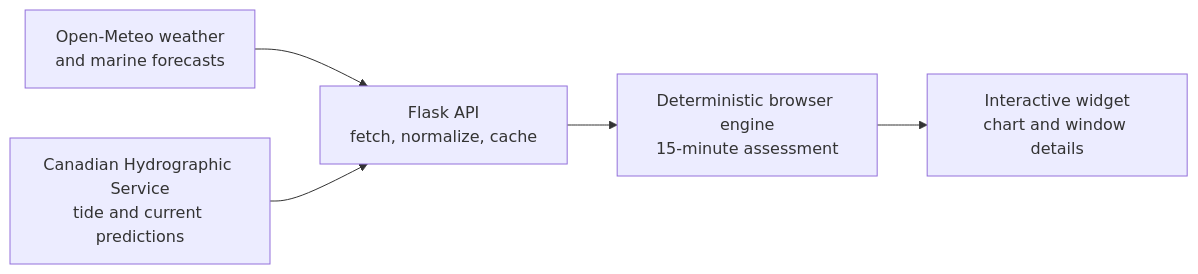
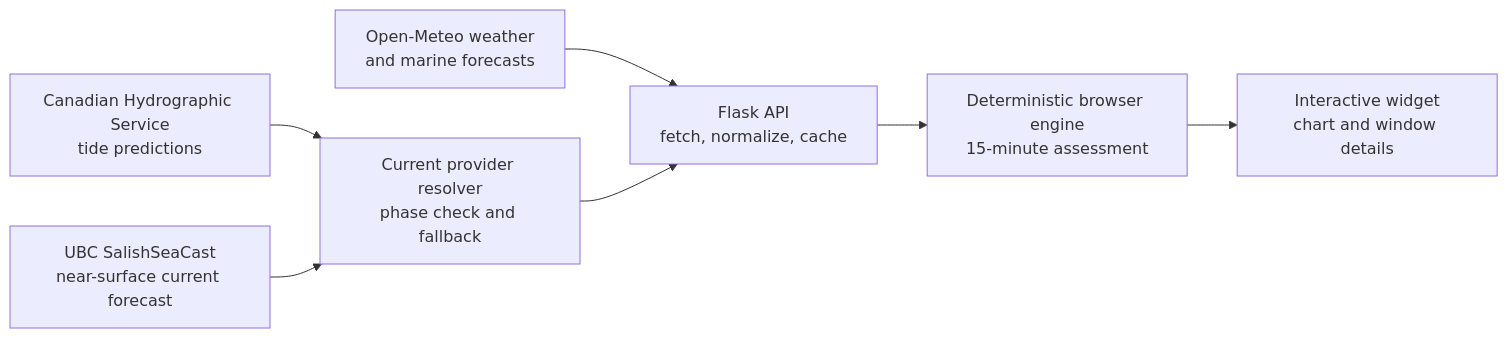
Before and after one commit to balinaanna/dive-conditions-assistant: the diagram in README.md, drawn with Mermaid. The commit also changed other lines of this file and 27 other files, not shown here.

Commit message:
Add SalishSeaCast current forecasts

````diff
--- a/README.md
+++ b/README.md
@@ -54,13 +54,17 @@
 ```mermaid
 flowchart LR
     Weather["Open-Meteo weather<br/>and marine forecasts"]
-    CHS["Canadian Hydrographic Service<br/>tide and current predictions"]
+    CHS["Canadian Hydrographic Service<br/>tide predictions"]
+    SSC["UBC SalishSeaCast<br/>near-surface current forecast"]
+    Current["Current provider resolver<br/>phase check and fallback"]
     Backend["Flask API<br/>fetch, normalize, cache"]
     Engine["Deterministic browser engine<br/>15-minute assessment"]
     UI["Interactive widget<br/>chart and window details"]
 
     Weather --> Backend
-    CHS --> Backend
+    CHS --> Current
+    SSC --> Current
+    Current --> Backend
     Backend --> Engine
     Engine --> UI
 ```
````
